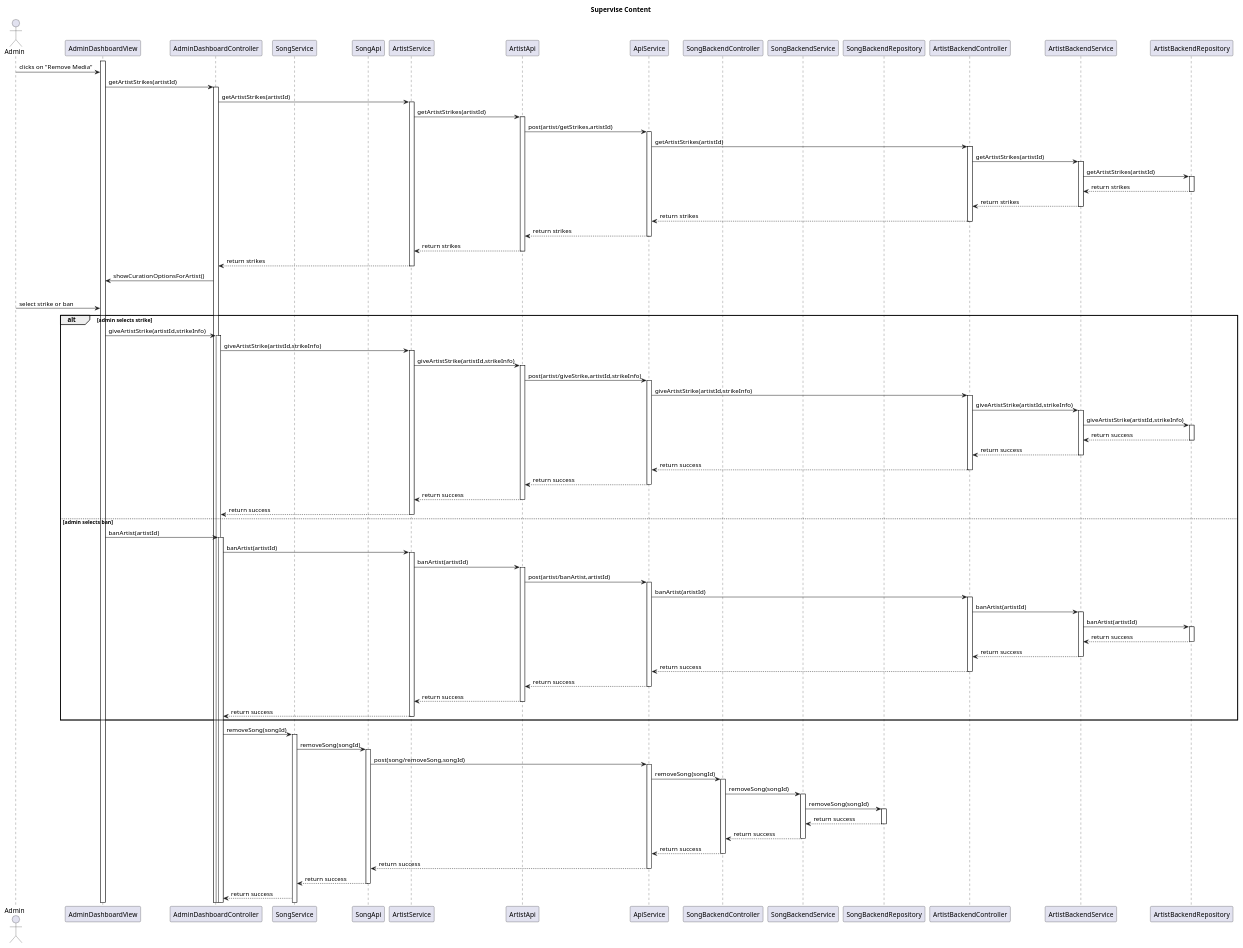
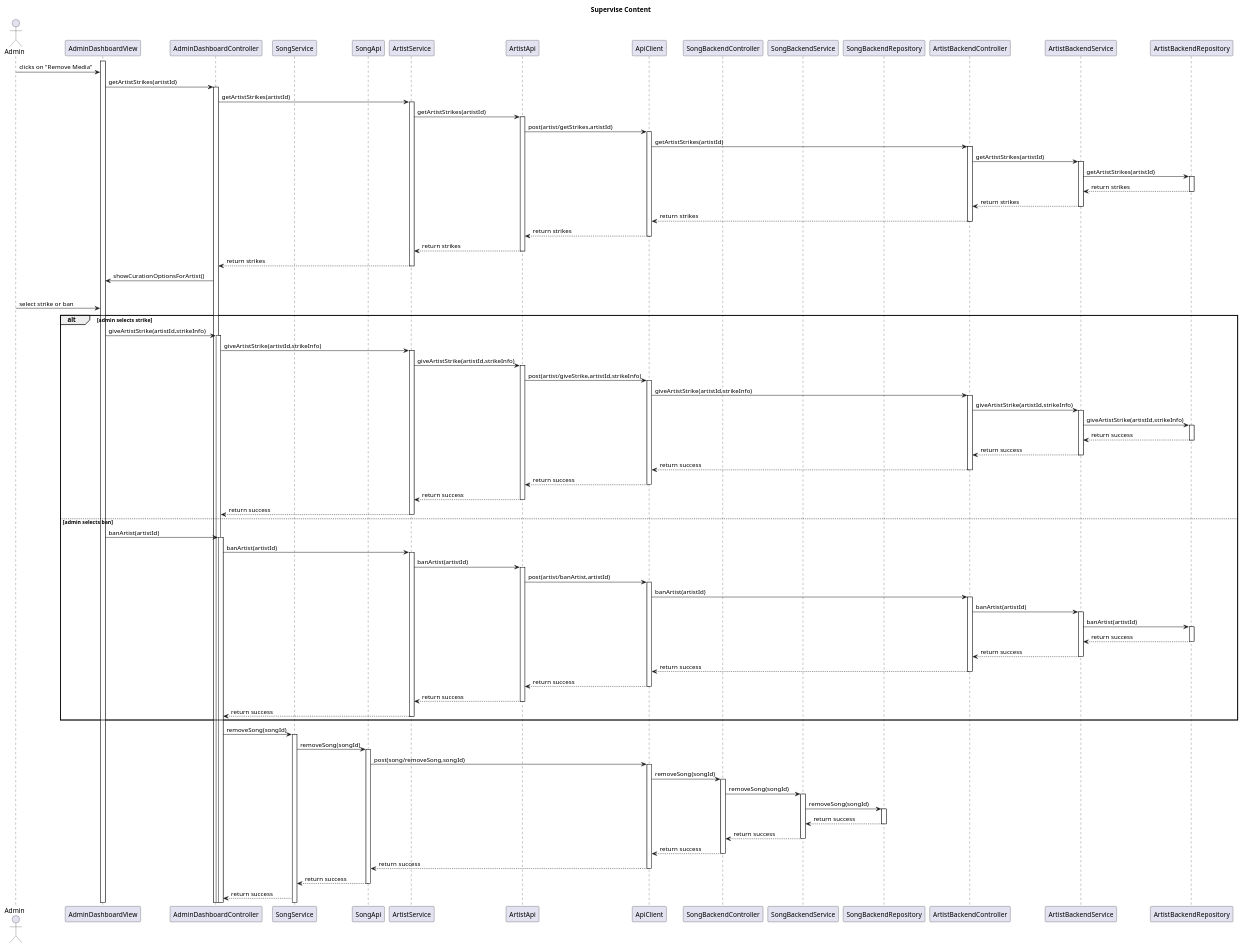
Before and after one commit to RubenKingCP/Tunix: the diagram in Paradoteo_4/SequenceDiagrams-v0.3/SuperviseContent.puml, drawn with PlantUML. The commit also changed 40 other files, not shown here.

```diff
--- a/Paradoteo_4/SequenceDiagrams-v0.3/SuperviseContent.puml
+++ b/Paradoteo_4/SequenceDiagrams-v0.3/SuperviseContent.puml
@@ -1,132 +1,132 @@
 @startuml SuperviseContent
 
 title Supervise Content
 
 actor Admin
 
 participant AdminDashboardView
 participant AdminDashboardController
 participant SongService
 participant SongApi
 participant ArtistService
 participant ArtistApi
-participant ApiService
+participant ApiClient
 participant SongBackendController
 participant SongBackendService
 participant SongBackendRepository
 participant ArtistBackendController
 participant ArtistBackendService
 participant ArtistBackendRepository
 
 
 activate AdminDashboardView
 Admin -> AdminDashboardView : clicks on "Remove Media"
 AdminDashboardView -> AdminDashboardController : getArtistStrikes(artistId)
 activate AdminDashboardController
 AdminDashboardController -> ArtistService : getArtistStrikes(artistId)
 activate ArtistService
 ArtistService -> ArtistApi : getArtistStrikes(artistId)
 activate ArtistApi
-ArtistApi -> ApiService : post(artist/getStrikes,artistId)
-activate ApiService
-ApiService -> ArtistBackendController : getArtistStrikes(artistId)
+ArtistApi -> ApiClient : post(artist/getStrikes,artistId)
+activate ApiClient
+ApiClient -> ArtistBackendController : getArtistStrikes(artistId)
 activate ArtistBackendController
 ArtistBackendController -> ArtistBackendService : getArtistStrikes(artistId)
 activate ArtistBackendService
 ArtistBackendService -> ArtistBackendRepository : getArtistStrikes(artistId)
 activate ArtistBackendRepository
 ArtistBackendRepository --> ArtistBackendService : return strikes
 deactivate ArtistBackendRepository
 ArtistBackendService --> ArtistBackendController : return strikes
 deactivate ArtistBackendService
-ArtistBackendController --> ApiService : return strikes
+ArtistBackendController --> ApiClient : return strikes
 deactivate ArtistBackendController
-ApiService --> ArtistApi : return strikes
-deactivate ApiService
+ApiClient --> ArtistApi : return strikes
+deactivate ApiClient
 ArtistApi --> ArtistService : return strikes
 deactivate ArtistApi
 ArtistService --> AdminDashboardController : return strikes
 deactivate ArtistService
 AdminDashboardController -> AdminDashboardView : showCurationOptionsForArtist()
 opt 
 Admin -> AdminDashboardView : select strike or ban
 alt admin selects strike
 AdminDashboardView -> AdminDashboardController : giveArtistStrike(artistId,strikeInfo)
 activate AdminDashboardController
 AdminDashboardController -> ArtistService : giveArtistStrike(artistId,strikeInfo)
 activate ArtistService
 ArtistService -> ArtistApi : giveArtistStrike(artistId,strikeInfo)
 activate ArtistApi
-ArtistApi -> ApiService : post(artist/giveStrike,artistId,strikeInfo)
-activate ApiService
-ApiService -> ArtistBackendController : giveArtistStrike(artistId,strikeInfo)
+ArtistApi -> ApiClient : post(artist/giveStrike,artistId,strikeInfo)
+activate ApiClient
+ApiClient -> ArtistBackendController : giveArtistStrike(artistId,strikeInfo)
 activate ArtistBackendController
 ArtistBackendController -> ArtistBackendService : giveArtistStrike(artistId,strikeInfo)
 activate ArtistBackendService
 ArtistBackendService -> ArtistBackendRepository : giveArtistStrike(artistId,strikeInfo)
 activate ArtistBackendRepository
 ArtistBackendRepository --> ArtistBackendService : return success
 deactivate ArtistBackendRepository
 ArtistBackendService --> ArtistBackendController : return success
 deactivate ArtistBackendService
-ArtistBackendController --> ApiService : return success
+ArtistBackendController --> ApiClient : return success
 deactivate ArtistBackendController
-ApiService --> ArtistApi : return success
-deactivate ApiService
+ApiClient --> ArtistApi : return success
+deactivate ApiClient
 ArtistApi --> ArtistService : return success
 deactivate ArtistApi
 ArtistService --> AdminDashboardController : return success
 deactivate ArtistService
 else admin selects ban
 AdminDashboardView -> AdminDashboardController : banArtist(artistId)
 activate AdminDashboardController
 AdminDashboardController -> ArtistService : banArtist(artistId)
 activate ArtistService
 ArtistService -> ArtistApi : banArtist(artistId)
 activate ArtistApi
-ArtistApi -> ApiService : post(artist/banArtist,artistId)
-activate ApiService
-ApiService -> ArtistBackendController : banArtist(artistId)
+ArtistApi -> ApiClient : post(artist/banArtist,artistId)
+activate ApiClient
+ApiClient -> ArtistBackendController : banArtist(artistId)
 activate ArtistBackendController
 ArtistBackendController -> ArtistBackendService : banArtist(artistId)
 activate ArtistBackendService
 ArtistBackendService -> ArtistBackendRepository : banArtist(artistId)
 activate ArtistBackendRepository
 ArtistBackendRepository --> ArtistBackendService : return success
 deactivate ArtistBackendRepository
 ArtistBackendService --> ArtistBackendController : return success
 deactivate ArtistBackendService
-ArtistBackendController --> ApiService : return success
+ArtistBackendController --> ApiClient : return success
 deactivate ArtistBackendController
-ApiService --> ArtistApi : return success
-deactivate ApiService
+ApiClient --> ArtistApi : return success
+deactivate ApiClient
 ArtistApi --> ArtistService : return success
 deactivate ArtistApi
 ArtistService --> AdminDashboardController : return success
 deactivate ArtistService
 end
 AdminDashboardController -> SongService : removeSong(songId)
 activate SongService
 SongService -> SongApi : removeSong(songId)
 activate SongApi
-SongApi -> ApiService : post(song/removeSong,songId)
-activate ApiService
-ApiService -> SongBackendController : removeSong(songId)
+SongApi -> ApiClient : post(song/removeSong,songId)
+activate ApiClient
+ApiClient -> SongBackendController : removeSong(songId)
 activate SongBackendController
 SongBackendController -> SongBackendService : removeSong(songId)
 activate SongBackendService
 SongBackendService -> SongBackendRepository : removeSong(songId)
 activate SongBackendRepository
 SongBackendRepository --> SongBackendService : return success
 deactivate SongBackendRepository
 SongBackendService --> SongBackendController : return success
 deactivate SongBackendService
-SongBackendController --> ApiService : return success
+SongBackendController --> ApiClient : return success
 deactivate SongBackendController
-ApiService --> SongApi : return success
-deactivate ApiService
+ApiClient --> SongApi : return success
+deactivate ApiClient
 SongApi --> SongService : return success
 deactivate SongApi
 SongService --> AdminDashboardController : return success
 
 @enduml
```
